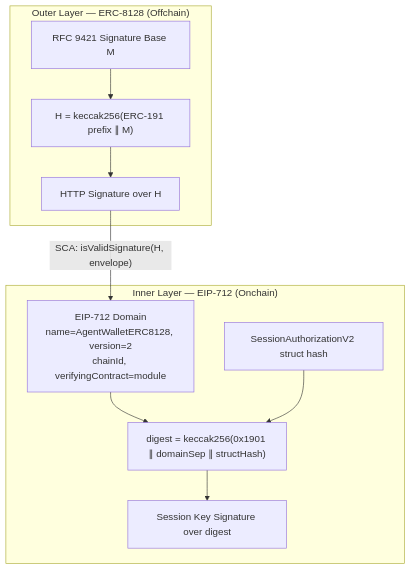
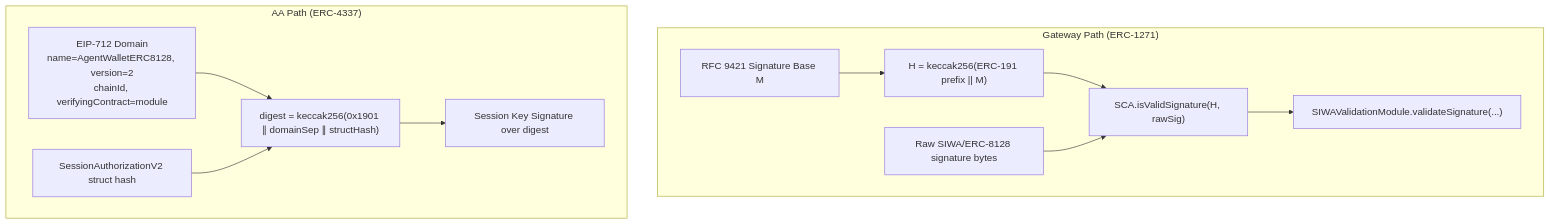
Before and after one commit to EqualFiLabs/agent-wallet-core: diagram 17 of 32 in docs/Agent-Wallet-Core-Architecture.md, drawn with Mermaid. The commit also changed other lines of this file and 16 other files, not shown here.

````diff
--- a/docs/Agent-Wallet-Core-Architecture.md
+++ b/docs/Agent-Wallet-Core-Architecture.md
@@ -750,21 +755,24 @@
 ```mermaid
 graph TB
-    subgraph "Outer Layer — ERC-8128 (Offchain)"
+    subgraph "Gateway Path (ERC-1271)"
         M["RFC 9421 Signature Base M"]
-        H["H = keccak256(ERC-191 prefix ∥ M)"]
-        OuterSig["HTTP Signature over H"]
+        H["H = keccak256(ERC-191 prefix || M)"]
+        RawSig["Raw SIWA/ERC-8128 signature bytes"]
+        GWCall["SCA.isValidSignature(H, rawSig)"]
+        GWMod["SIWAValidationModule.validateSignature(...)"]
     end
 
-    subgraph "Inner Layer — EIP-712 (Onchain)"
+    subgraph "AA Path (ERC-4337)"
         Domain["EIP-712 Domain<br/>name=AgentWalletERC8128, version=2<br/>chainId, verifyingContract=module"]
         Struct["SessionAuthorizationV2 struct hash"]
         Digest["digest = keccak256(0x1901 ∥ domainSep ∥ structHash)"]
         InnerSig["Session Key Signature over digest"]
     end
 
-    M --> H --> OuterSig
-    OuterSig -->|"SCA: isValidSignature(H, envelope)"| Domain
+    M --> H --> GWCall
+    RawSig --> GWCall
+    GWCall --> GWMod
     Domain --> Digest
     Struct --> Digest
     Digest --> InnerSig
 ```
````
